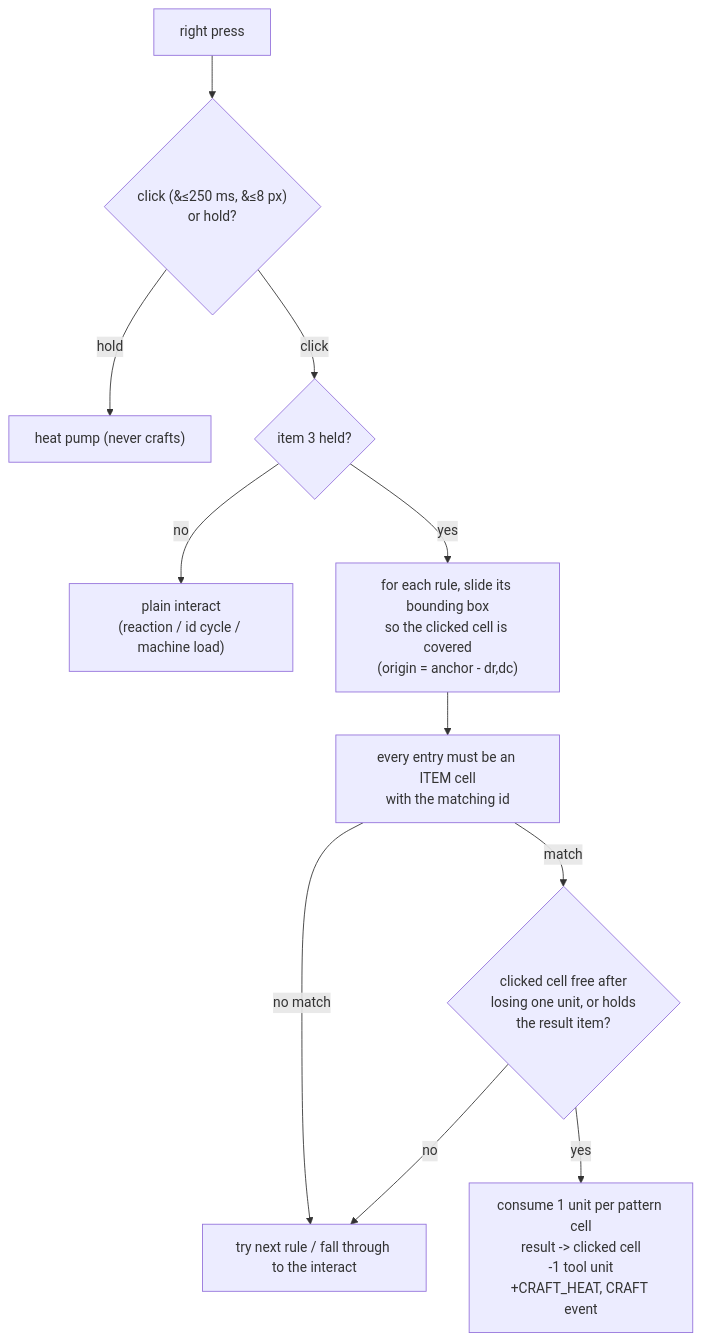
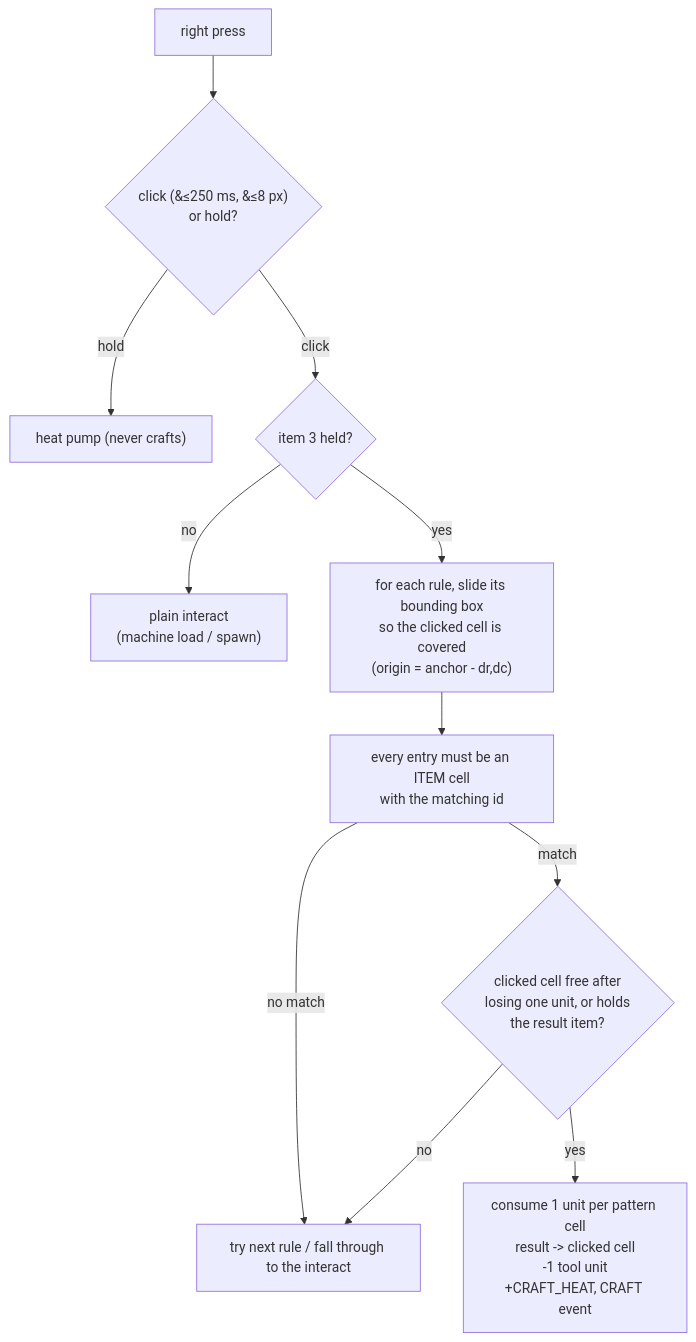
One commit to robspsj/fractory-game changed the diagram in docs/crafting.md. Above: the diagram before and after it, drawn with Mermaid. The commit also changed 21 other files, not shown here.

````diff
--- a/docs/crafting.md
+++ b/docs/crafting.md
@@ -57,13 +57,13 @@
 ```mermaid
 flowchart TB
     press["right press"] --> kind{"click (&#8804;250 ms, &#8804;8 px)<br/>or hold?"}
     kind -->|hold| heat["heat pump (never crafts)"]
     kind -->|click| tool{item 3 held?}
-    tool -->|no| interact["plain interact<br/>(reaction / id cycle / machine load)"]
+    tool -->|no| interact["plain interact<br/>(machine load / spawn)"]
     tool -->|yes| slide["for each rule, slide its bounding box<br/>so the clicked cell is covered<br/>(origin = anchor - dr,dc)"]
     slide --> cells["every entry must be an ITEM cell<br/>with the matching id"]
     cells -->|no match| next["try next rule / fall through to the interact"]
     cells -->|match| place{"clicked cell free after<br/>losing one unit, or holds<br/>the result item?"}
     place -->|no| next
     place -->|yes| commit["consume 1 unit per pattern cell<br/>result -> clicked cell<br/>-1 tool unit<br/>+CRAFT_HEAT, CRAFT event"]
 ```
````
